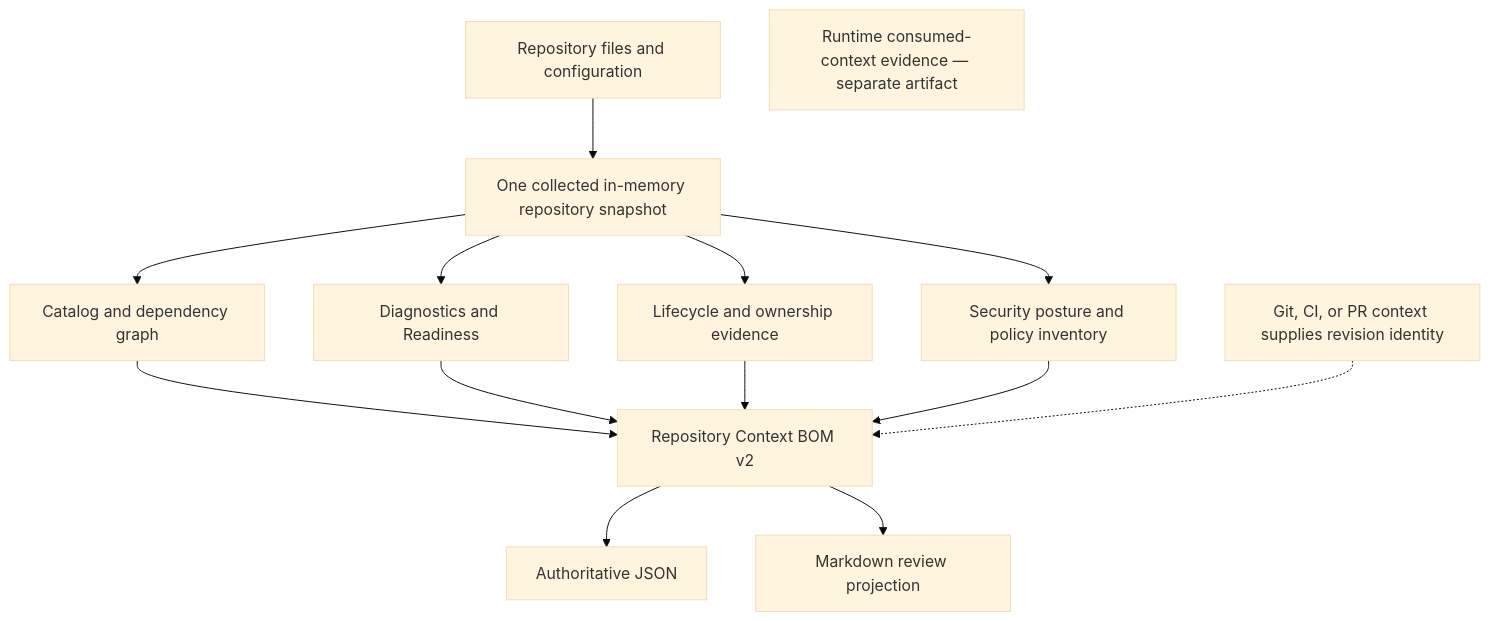
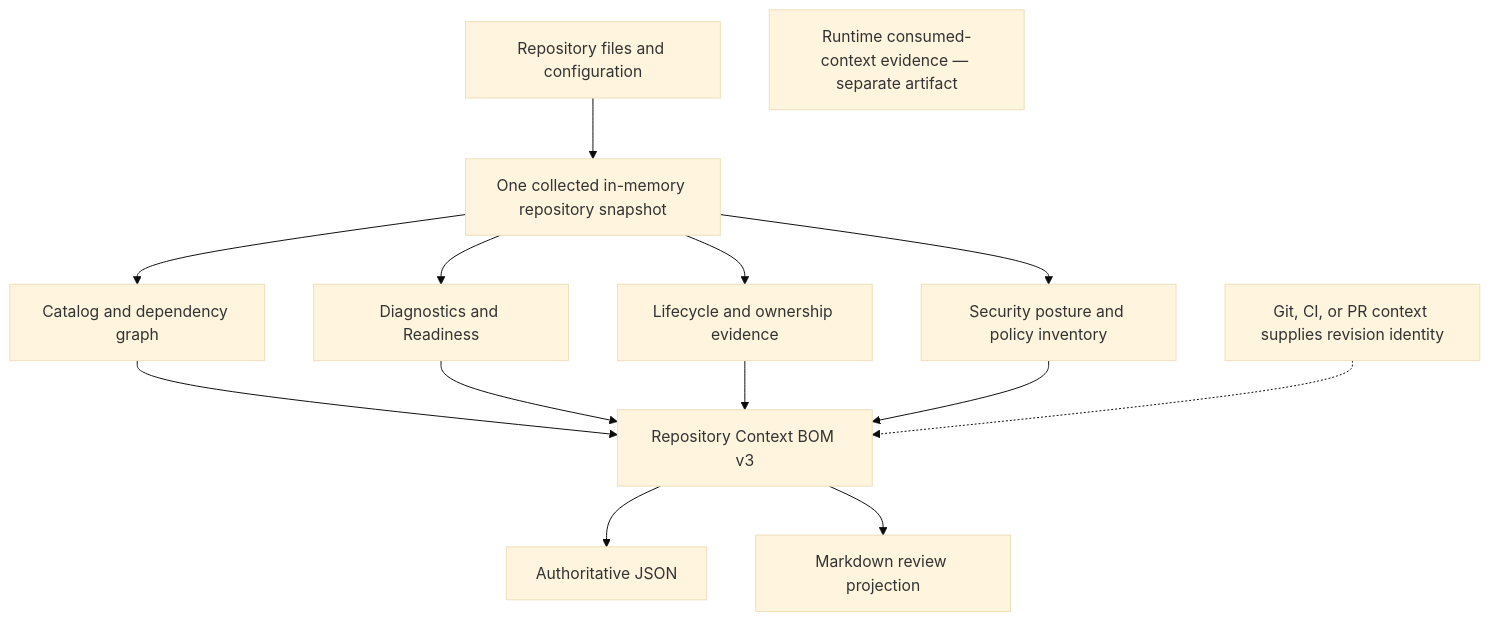
The diagram in docs/repository-context-bom.md (KazuCocoa/renma), drawn with Mermaid (base theme) before and after one commit. The commit also changed other lines of this file and 81 other files, not shown here.

````diff
--- a/docs/repository-context-bom.md
+++ b/docs/repository-context-bom.md
@@ -16,26 +19,26 @@
 ```mermaid
 flowchart TD
   Sources["Repository files and configuration"]
   Snapshot["One collected in-memory repository snapshot"]
   Catalog["Catalog and dependency graph"]
   Diagnostics["Diagnostics and Readiness"]
   Governance["Lifecycle and ownership evidence"]
   Security["Security posture and policy inventory"]
-  Bom["Repository Context BOM v2"]
+  Bom["Repository Context BOM v3"]
   Json["Authoritative JSON"]
   Markdown["Markdown review projection"]
   Revision["Git, CI, or PR context supplies revision identity"]
   Runtime["Runtime consumed-context evidence — separate artifact"]
   Sources --> Snapshot
   Snapshot --> Catalog
   Snapshot --> Diagnostics
   Snapshot --> Governance
   Snapshot --> Security
   Catalog --> Bom
   Diagnostics --> Bom
   Governance --> Bom
   Security --> Bom
   Bom --> Json
   Bom --> Markdown
   Revision -.-> Bom
 ```
````
